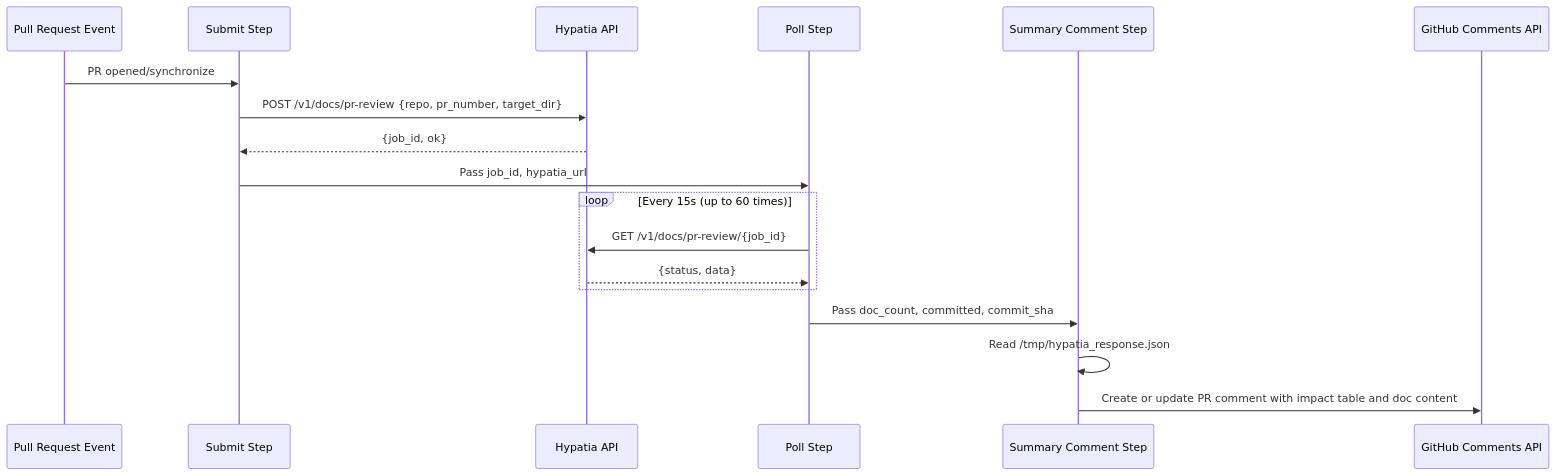
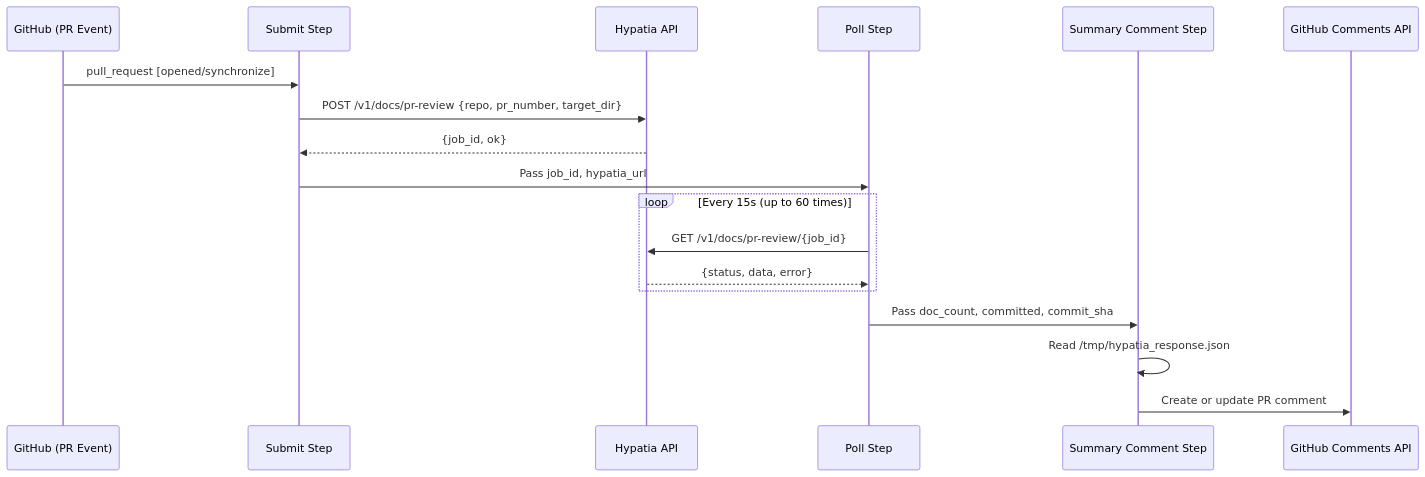
Before and after one commit to cornelisnetworks/opa-psm2-tests: the second of 4 diagrams in docs/.github-workflows.md, drawn with Mermaid. The commit also changed other lines of this file and 1 other file, not shown here.

````diff
--- a/docs/.github-workflows.md
+++ b/docs/.github-workflows.md
@@ -43,21 +43,21 @@
 ```mermaid
 sequenceDiagram
-    participant PR as Pull Request Event
+    participant GH as GitHub (PR Event)
     participant Submit as Submit Step
-    participant API as Hypatia API
+    participant Hypatia as Hypatia API
     participant Poll as Poll Step
     participant Summary as Summary Comment Step
-    participant GH as GitHub Comments API
+    participant GHAPI as GitHub Comments API
 
-    PR->>Submit: PR opened/synchronize
-    Submit->>API: POST /v1/docs/pr-review {repo, pr_number, target_dir}
-    API-->>Submit: {job_id, ok}
+    GH->>Submit: pull_request [opened/synchronize]
+    Submit->>Hypatia: POST /v1/docs/pr-review {repo, pr_number, target_dir}
+    Hypatia-->>Submit: {job_id, ok}
     Submit->>Poll: Pass job_id, hypatia_url
     loop Every 15s (up to 60 times)
-        Poll->>API: GET /v1/docs/pr-review/{job_id}
-        API-->>Poll: {status, data}
+        Poll->>Hypatia: GET /v1/docs/pr-review/{job_id}
+        Hypatia-->>Poll: {status, data, error}
     end
     Poll->>Summary: Pass doc_count, committed, commit_sha
     Summary->>Summary: Read /tmp/hypatia_response.json
-    Summary->>GH: Create or update PR comment with impact table and doc content
+    Summary->>GHAPI: Create or update PR comment
 ```
````
